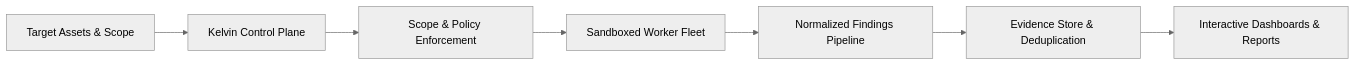
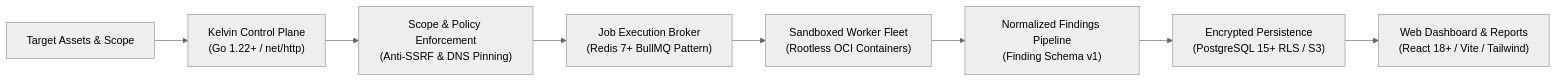
The diagram in README.md (eOzkahq/Kelvin), drawn with Mermaid (neutral theme) before and after one commit. The commit also changed other lines of this file and 10 other files, not shown here.

First line of the commit message:
docs(architecture): harmonize foundation specifications and documentation with ADR-0001 through ADR-0005 (P1-26)

````diff
--- a/README.md
+++ b/README.md
@@ -15,9 +15,10 @@
 ```mermaid
 flowchart LR
-    A[Target Assets & Scope] --> B[Kelvin Control Plane]
-    B --> C[Scope & Policy Enforcement]
-    C --> D[Sandboxed Worker Fleet]
-    D --> E[Normalized Findings Pipeline]
-    E --> F[Evidence Store & Deduplication]
-    F --> G[Interactive Dashboards & Reports]
+    A["Target Assets & Scope"] --> B["Kelvin Control Plane\n(Go 1.22+ / net/http)"]
+    B --> C["Scope & Policy Enforcement\n(Anti-SSRF & DNS Pinning)"]
+    C --> D["Job Execution Broker\n(Redis 7+ BullMQ Pattern)"]
+    D --> E["Sandboxed Worker Fleet\n(Rootless OCI Containers)"]
+    E --> F["Normalized Findings Pipeline\n(Finding Schema v1)"]
+    F --> G["Encrypted Persistence\n(PostgreSQL 15+ RLS / S3)"]
+    G --> H["Web Dashboard & Reports\n(React 18+ / Vite / Tailwind)"]
 ```
````
